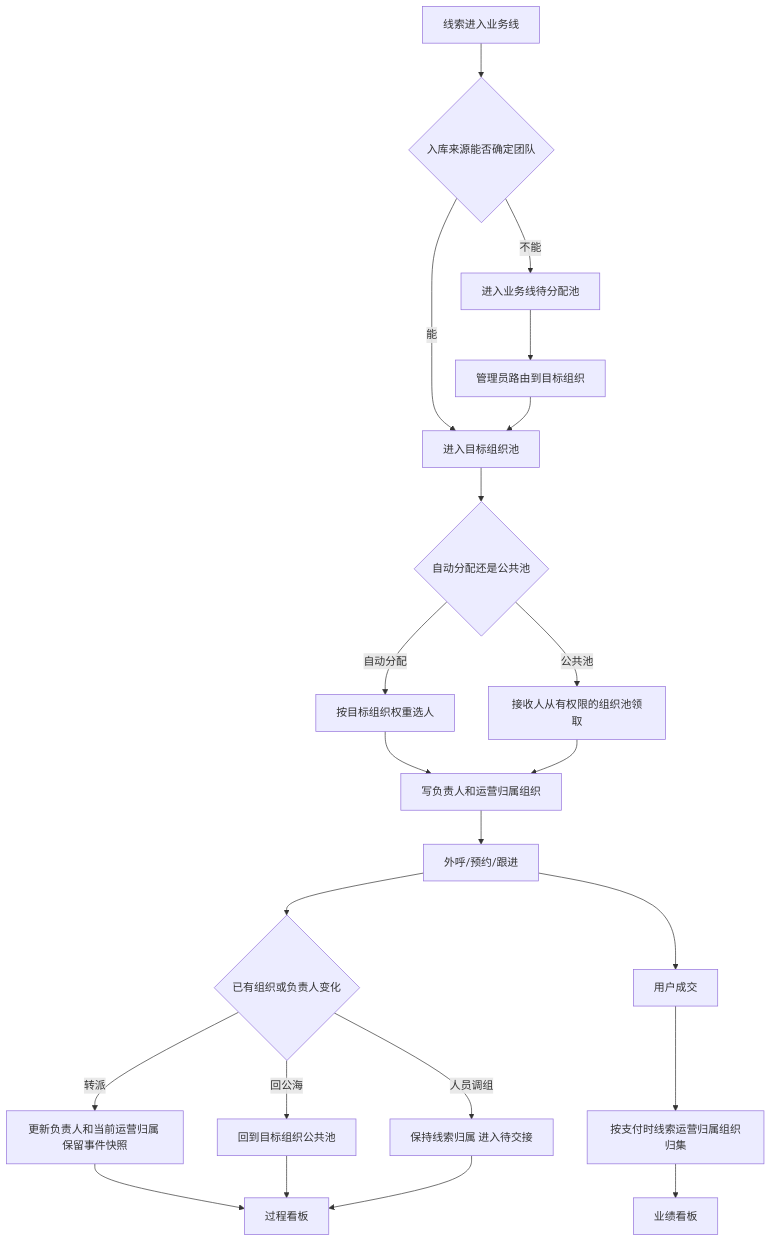
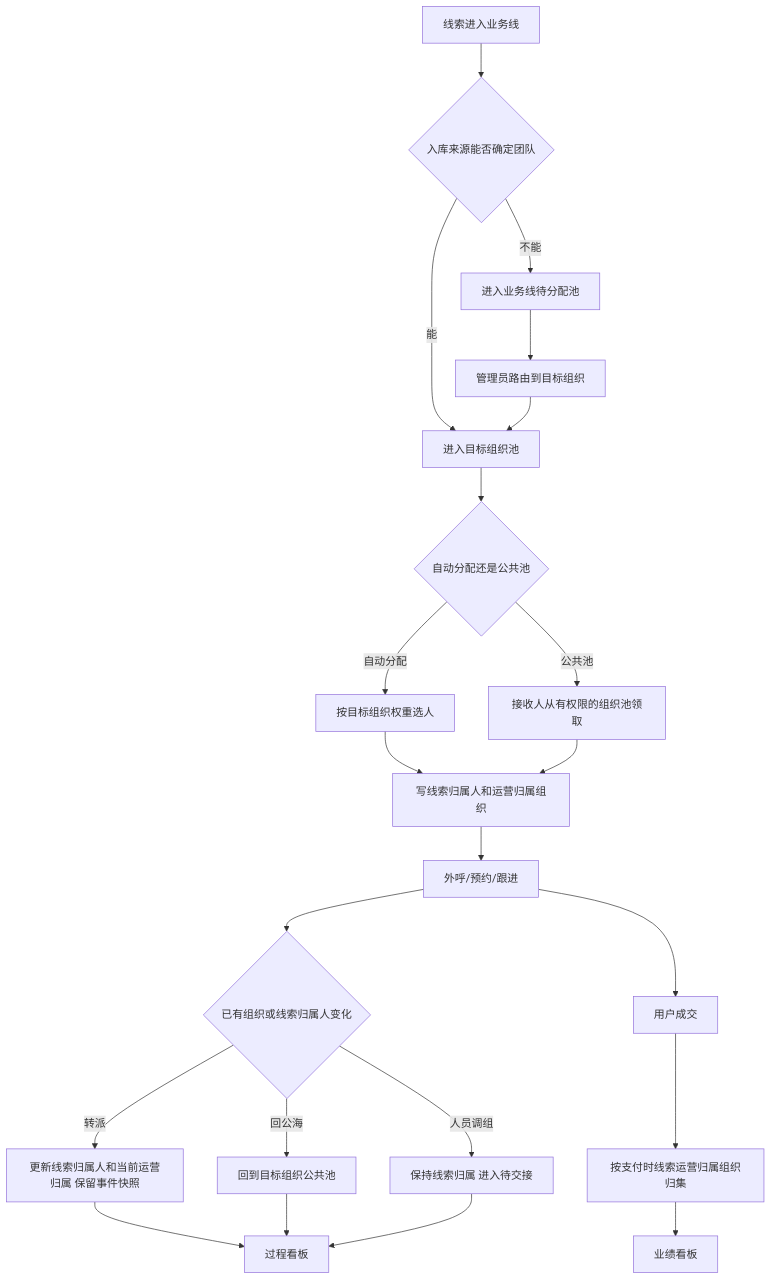
The diagram in projects/crm-org-data-permissions/research/CONFIGURATION-SIMULATION.md (h3-ai-lab/hhhprd), drawn with Mermaid before and after one commit. The commit also changed other lines of this file and 10 other files, not shown here.

````diff
--- a/projects/crm-org-data-permissions/research/CONFIGURATION-SIMULATION.md
+++ b/projects/crm-org-data-permissions/research/CONFIGURATION-SIMULATION.md
@@ -217,24 +217,24 @@
 ```mermaid
 flowchart TD
     A[线索进入业务线] --> B{入库来源能否确定团队}
     B -->|能| C[进入目标组织池]
     B -->|不能| D[进入业务线待分配池]
     C --> E{自动分配还是公共池}
     D --> F[管理员路由到目标组织]
     F --> C
     E -->|自动分配| G[按目标组织权重选人]
     E -->|公共池| H[接收人从有权限的组织池领取]
-    G --> I[写负责人和运营归属组织]
+    G --> I[写线索归属人和运营归属组织]
     H --> I
     I --> J[外呼/预约/跟进]
-    J --> K{已有组织或负责人变化}
-    K -->|转派| L[更新负责人和当前运营归属 保留事件快照]
+    J --> K{已有组织或线索归属人变化}
+    K -->|转派| L[更新线索归属人和当前运营归属 保留事件快照]
     K -->|回公海| M[回到目标组织公共池]
     K -->|人员调组| N[保持线索归属 进入待交接]
     J --> O[用户成交]
     O --> P[按支付时线索运营归属组织归集]
     L --> Q[过程看板]
     M --> Q
     N --> Q
     P --> R[业绩看板]
 ```
````
